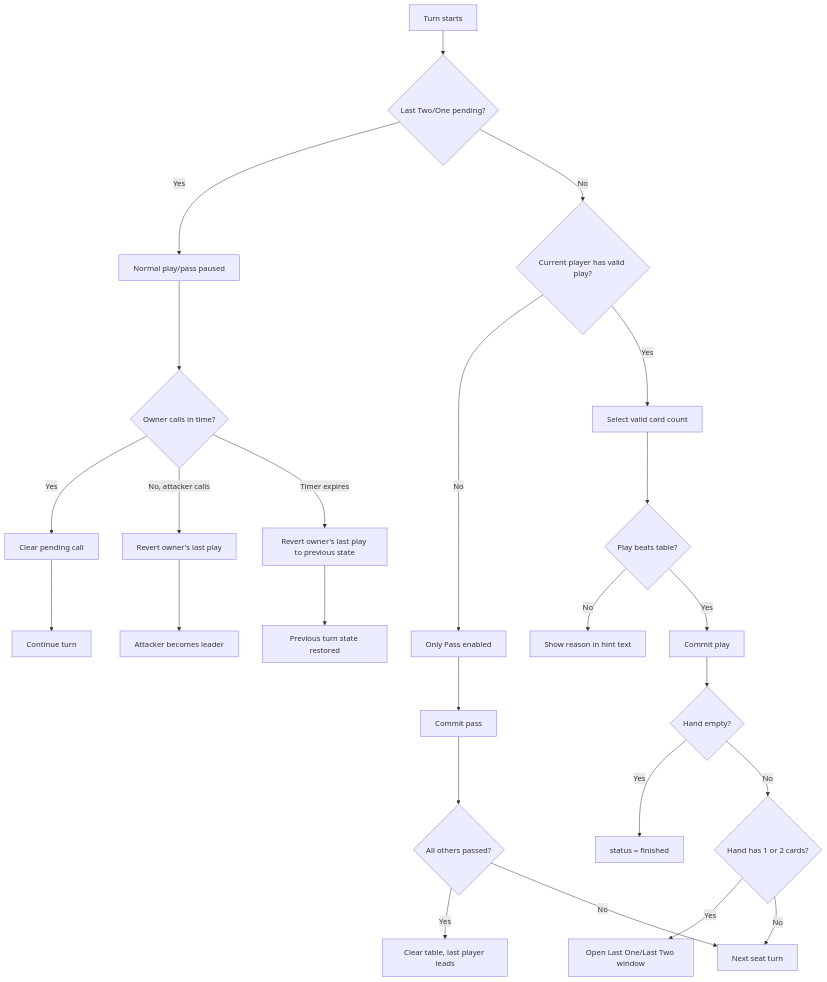
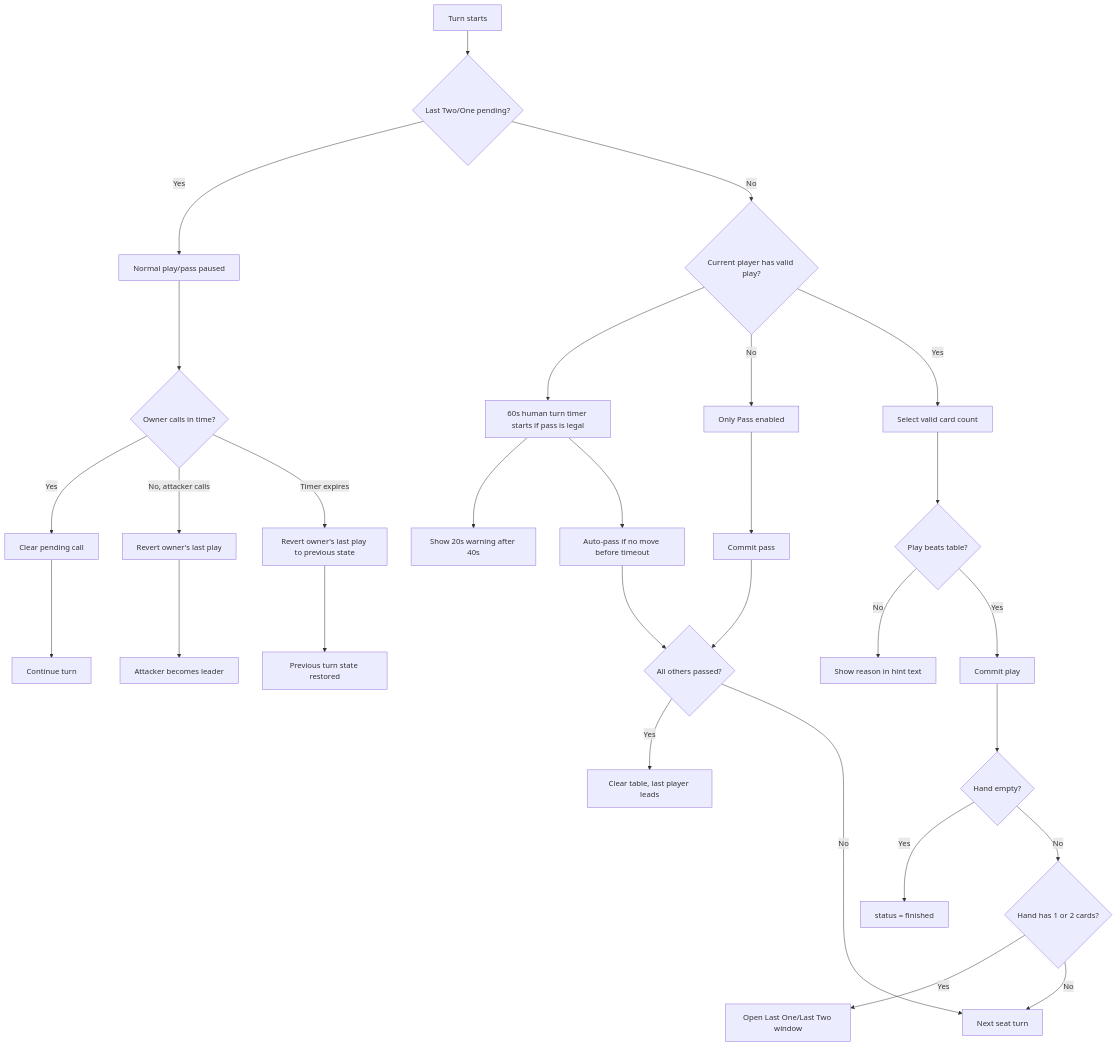
One commit to Sourav9063/watchtogether changed the second of 5 diagrams in src/app/big-two/README.md. Above: the diagram before and after it, drawn with Mermaid. The commit also changed other lines of this file and 3 other files, not shown here.

Commit message:
feat: cross button and auto pass

````diff
--- a/src/app/big-two/README.md
+++ b/src/app/big-two/README.md
@@ -85,27 +85,31 @@
 ```mermaid
 flowchart TD
   A[Turn starts] --> B{Last Two/One pending?}
   B -- Yes --> C[Normal play/pass paused]
   C --> D{Owner calls in time?}
   D -- Yes --> E[Clear pending call]
   D -- No, attacker calls --> F[Revert owner's last play]
   D -- Timer expires --> G[Revert owner's last play to previous state]
   E --> H[Continue turn]
   F --> I[Attacker becomes leader]
   G --> J[Previous turn state restored]
   B -- No --> K{Current player has valid play?}
+  K --> Y[60s human turn timer starts if pass is legal]
+  Y --> AA[Show 20s warning after 40s]
+  Y --> Z[Auto-pass if no move before timeout]
   K -- No --> L[Only Pass enabled]
   K -- Yes --> M[Select valid card count]
   M --> N{Play beats table?}
   N -- No --> O[Show reason in hint text]
   N -- Yes --> P[Commit play]
   L --> Q[Commit pass]
   P --> R{Hand empty?}
   R -- Yes --> S[status = finished]
   R -- No --> T{Hand has 1 or 2 cards?}
   T -- Yes --> U[Open Last One/Last Two window]
   T -- No --> V[Next seat turn]
   Q --> W{All others passed?}
+  Z --> W
   W -- Yes --> X[Clear table, last player leads]
   W -- No --> V
 ```
````
